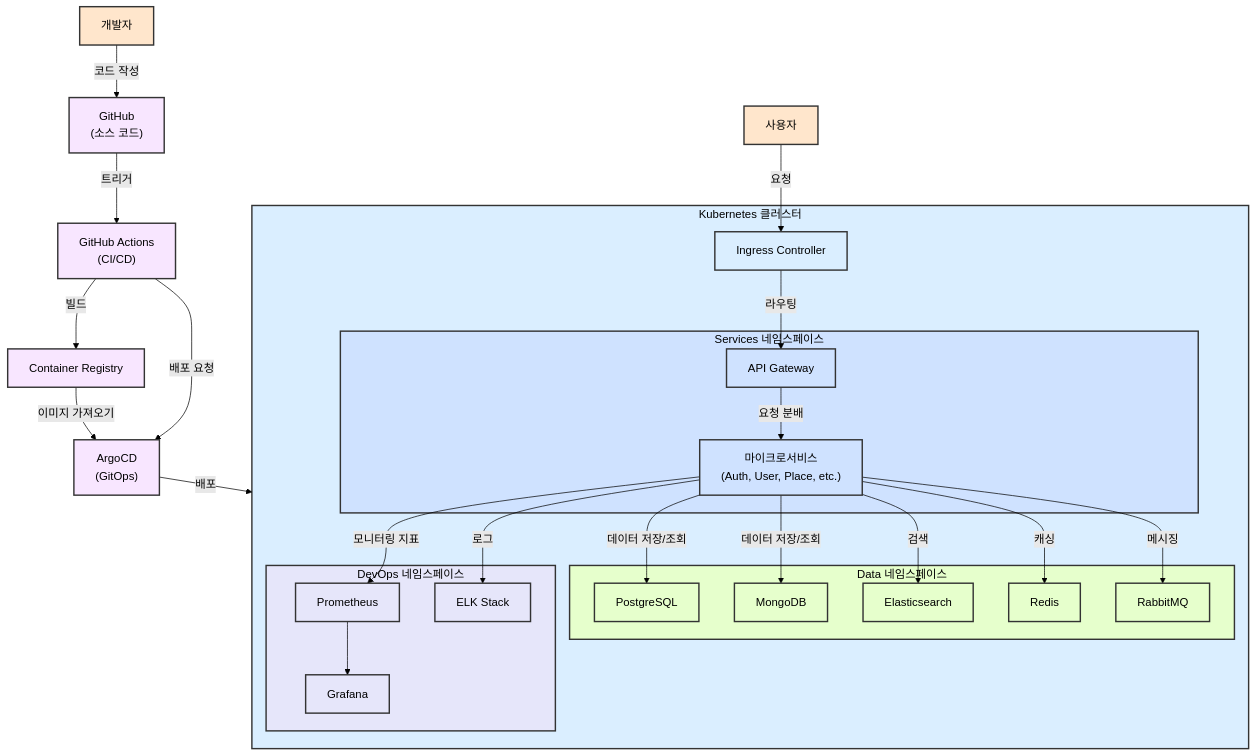
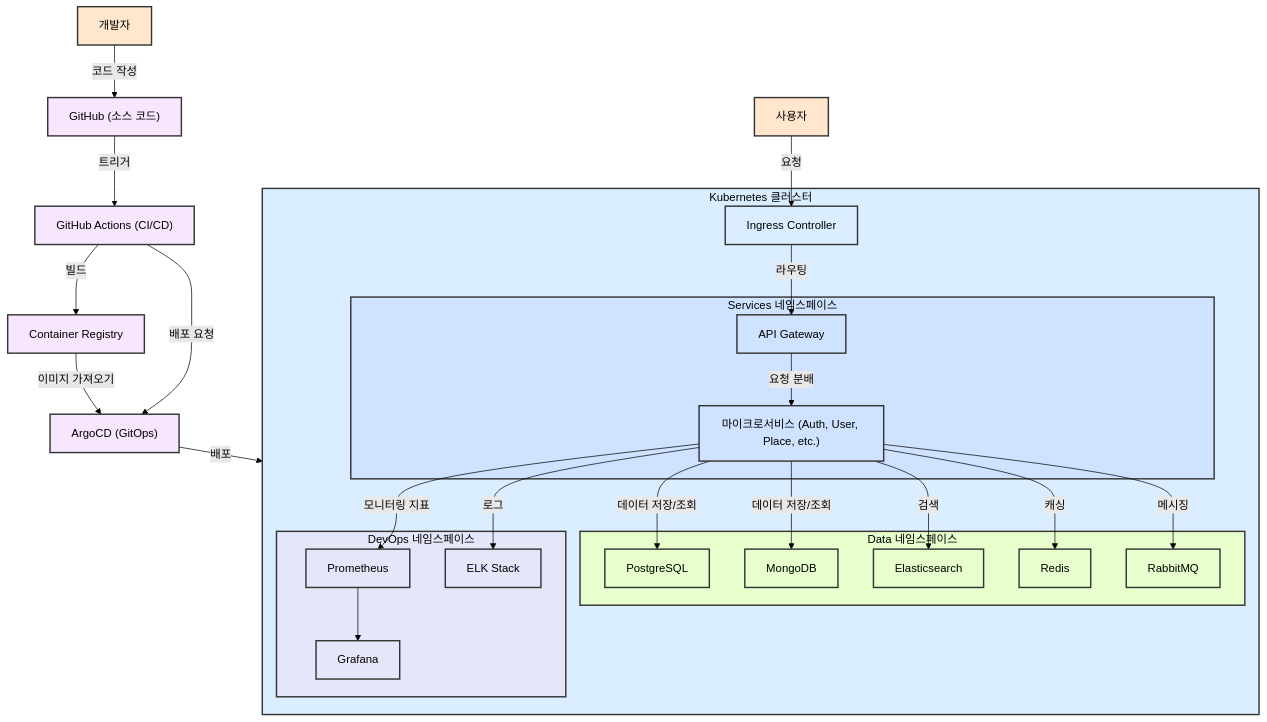
One commit to sch0718/landmark changed the fourth of 7 diagrams in README.md. Above: the diagram before and after it, drawn with Mermaid (forest theme). The commit also changed other lines of this file, not shown here.

Commit message:
docs: README.md mermaid 줄바꿈 수정

````diff
--- a/README.md
+++ b/README.md
@@ -470,74 +496,74 @@
 ```mermaid
 flowchart TB
     %% 외부 액세스
     dev["개발자"]
     user["사용자"]
     
     %% 인프라 컴포넌트
-    github["GitHub\n(소스 코드)"]
-    actions["GitHub Actions\n(CI/CD)"]
+    github["GitHub (소스 코드)"]
+    actions["GitHub Actions (CI/CD)"]
     registry["Container Registry"]
-    argocd["ArgoCD\n(GitOps)"]
+    argocd["ArgoCD (GitOps)"]
     k8s["Kubernetes 클러스터"]
     
     %% 클러스터 내부
     subgraph k8s["Kubernetes 클러스터"]
         ingress["Ingress Controller"]
         
         subgraph ns_services["Services 네임스페이스"]
             api_gateway["API Gateway"]
-            microservices["마이크로서비스\n(Auth, User, Place, etc.)"]
+            microservices["마이크로서비스 (Auth, User, Place, etc.)"]
         end
         
         subgraph ns_data["Data 네임스페이스"]
             postgres["PostgreSQL"]
             mongodb["MongoDB"]
             elastic["Elasticsearch"]
             redis["Redis"]
             rabbitmq["RabbitMQ"]
         end
         
         subgraph ns_devops["DevOps 네임스페이스"]
             prometheus["Prometheus"]
             grafana["Grafana"]
             elk["ELK Stack"]
         end
     end
     
     %% 워크플로우 및 연결
     dev -->|코드 작성| github
     github -->|트리거| actions
     actions -->|빌드| registry
     actions -->|배포 요청| argocd
     registry -->|이미지 가져오기| argocd
     argocd -->|배포| k8s
     user -->|요청| ingress
     
     %% 클러스터 내부 연결
     ingress -->|라우팅| api_gateway
     api_gateway -->|요청 분배| microservices
     microservices -->|데이터 저장/조회| postgres
     microservices -->|데이터 저장/조회| mongodb
     microservices -->|검색| elastic
     microservices -->|캐싱| redis
     microservices -->|메시징| rabbitmq
     microservices -->|모니터링 지표| prometheus
     prometheus --> grafana
     microservices -->|로그| elk
     
     %% 스타일 정의
     classDef external fill:#ffe6cc,stroke:#333,stroke-width:2px,color:#000;
     classDef cicd fill:#f8e6ff,stroke:#333,stroke-width:2px,color:#000;
     classDef kubernetes fill:#daeeff,stroke:#333,stroke-width:2px,color:#000;
     classDef services fill:#cfe2ff,stroke:#333,stroke-width:2px,color:#000;
     classDef data fill:#e6ffcc,stroke:#333,stroke-width:2px,color:#000;
     classDef monitoring fill:#e6e6fa,stroke:#333,stroke-width:2px,color:#000;
     
     %% 스타일 적용
     class dev,user external;
     class github,actions,registry,argocd cicd;
     class k8s,ingress kubernetes;
     class api_gateway,microservices,ns_services services;
     class postgres,mongodb,elastic,redis,rabbitmq,ns_data data;
     class prometheus,grafana,elk,ns_devops monitoring;
 ```
````
